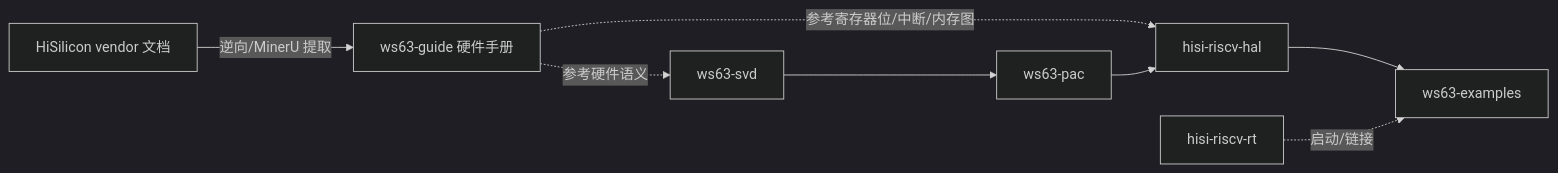
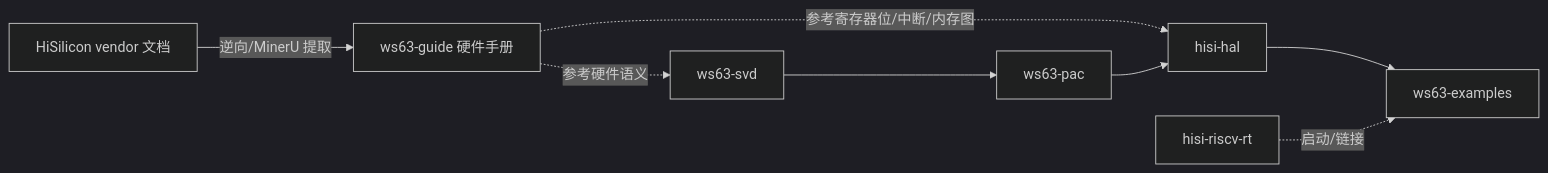
One commit to hispark-rs/hisi-riscv-rs changed the diagram in docs/src/explanation/components/10-ws63-guide.md. Above: the diagram before and after it, drawn with Mermaid (dark theme). The commit also changed 40 other files, not shown here.

Commit message:
docs: migrate handbook to hisi-hal

````diff
--- a/docs/src/explanation/components/10-ws63-guide.md
+++ b/docs/src/explanation/components/10-ws63-guide.md
@@ -28,8 +28,8 @@
 ```mermaid
 flowchart LR
     vendor[HiSilicon vendor 文档] -->|逆向/MinerU 提取| guide[ws63-guide 硬件手册]
     guide -.参考硬件语义.-> svd[ws63-svd]
-    guide -.参考寄存器位/中断/内存图.-> hal[hisi-riscv-hal]
+    guide -.参考寄存器位/中断/内存图.-> hal[hisi-hal]
     svd --> pac[ws63-pac] --> hal --> ex[ws63-examples]
     rt[hisi-riscv-rt] -. 启动/链接 .-> ex
 ```
````
